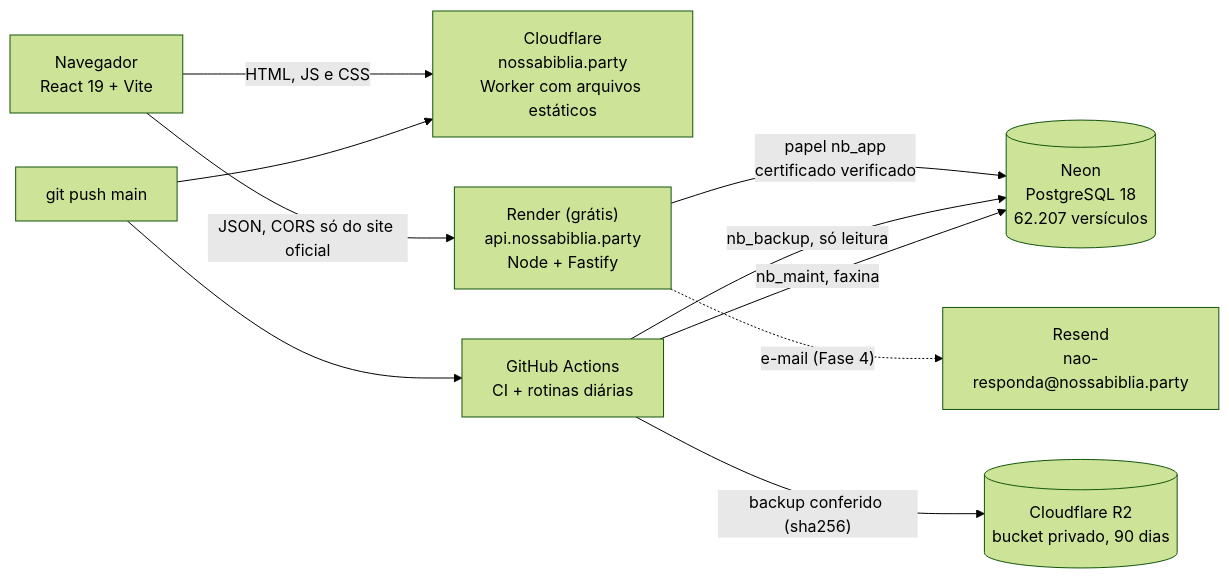
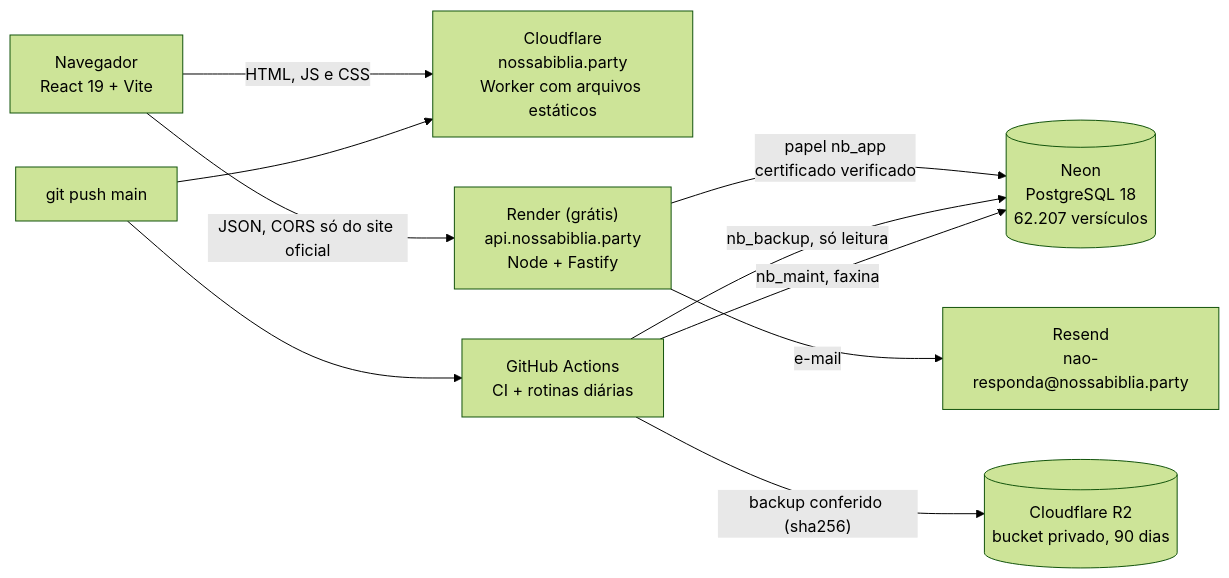
One commit to chrystianomoura/nossabiblia changed the diagram in README.md. Above: the diagram before and after it, drawn with Mermaid (forest theme). The commit also changed other lines of this file and 8 other files, not shown here.

````diff
--- a/README.md
+++ b/README.md
@@ -50,12 +50,12 @@
 ```mermaid
 flowchart LR
   U["Navegador<br/>React 19 + Vite"] -->|HTML, JS e CSS| CF["Cloudflare<br/>nossabiblia.party<br/>Worker com arquivos estáticos"]
   U -->|JSON, CORS só do site oficial| API["Render (grátis)<br/>api.nossabiblia.party<br/>Node + Fastify"]
   API -->|papel nb_app<br/>certificado verificado| DB[("Neon<br/>PostgreSQL 18<br/>62.207 versículos")]
-  API -. "e-mail (Fase 4)" .-> RS["Resend<br/>nao-responda@nossabiblia.party"]
+  API -->|e-mail| RS["Resend<br/>nao-responda@nossabiblia.party"]
   GH["GitHub Actions<br/>CI + rotinas diárias"] -->|nb_backup, só leitura| DB
   GH -->|"nb_maint, faxina"| DB
   GH -->|"backup conferido (sha256)"| R2[("Cloudflare R2<br/>bucket privado, 90 dias")]
   P["git push main"] --> GH
   P --> CF
 ```
````
